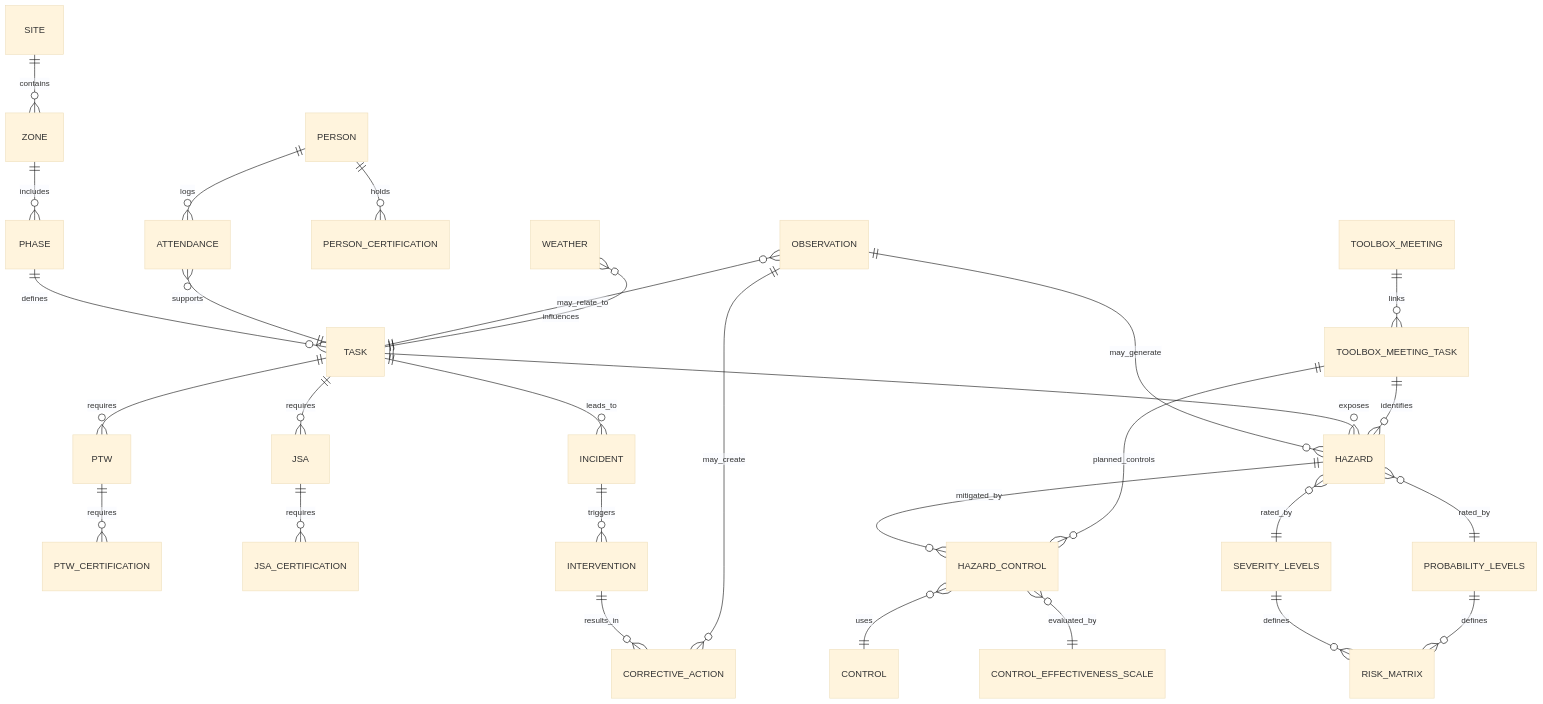
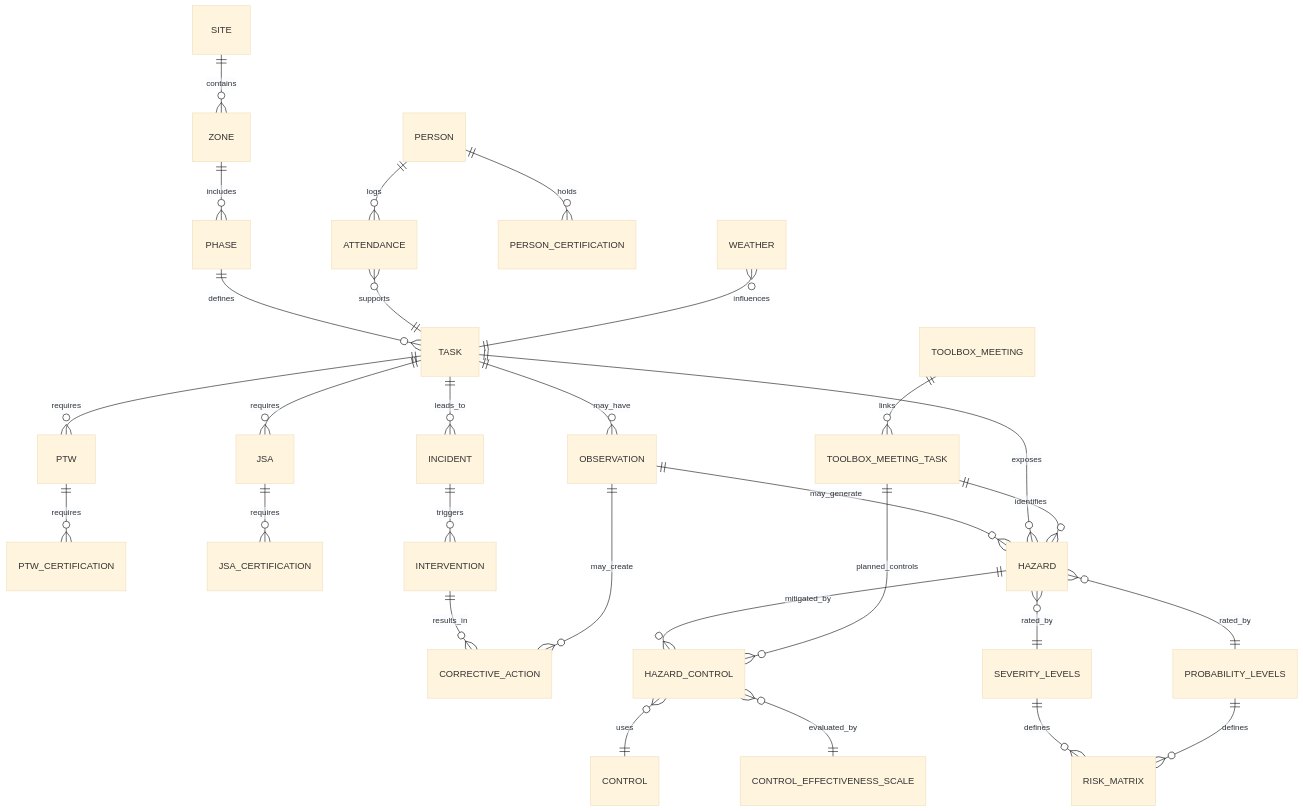
Before and after one commit to Euchie23/Euchie23: the second of 2 diagrams in README.md, drawn with Mermaid (base theme).

````diff
--- a/README.md
+++ b/README.md
@@ -129,41 +129,41 @@
 ```mermaid
 erDiagram
     SITE ||--o{ ZONE : contains
     ZONE ||--o{ PHASE : includes
     PHASE ||--o{ TASK : defines
 
     PERSON ||--o{ ATTENDANCE : logs
     ATTENDANCE }o--|| TASK : supports
 
     TASK ||--o{ PTW : requires
     TASK ||--o{ JSA : requires
 
     PERSON ||--o{ PERSON_CERTIFICATION : holds
     PTW ||--o{ PTW_CERTIFICATION : requires
     JSA ||--o{ JSA_CERTIFICATION : requires
 
     TASK ||--o{ INCIDENT : leads_to
     INCIDENT ||--o{ INTERVENTION : triggers
     INTERVENTION ||--o{ CORRECTIVE_ACTION : results_in
 
-    OBSERVATION }o--|| TASK  : may_relate_to
+    TASK ||--o{ OBSERVATION  : may_have
     OBSERVATION ||--o{ HAZARD : may_generate
     OBSERVATION ||--o{ CORRECTIVE_ACTION : may_create
 
     TASK ||--o{ HAZARD : exposes
     HAZARD ||--o{ HAZARD_CONTROL : mitigated_by
     HAZARD_CONTROL }o--|| CONTROL : uses
 
     TOOLBOX_MEETING ||--o{ TOOLBOX_MEETING_TASK : links
     TOOLBOX_MEETING_TASK ||--o{ HAZARD : identifies
     TOOLBOX_MEETING_TASK ||--o{ HAZARD_CONTROL : planned_controls
 
     HAZARD }o--|| SEVERITY_LEVELS : rated_by
     HAZARD }o--|| PROBABILITY_LEVELS : rated_by
     SEVERITY_LEVELS ||--o{ RISK_MATRIX : defines
     PROBABILITY_LEVELS ||--o{ RISK_MATRIX : defines
 
     HAZARD_CONTROL }o--|| CONTROL_EFFECTIVENESS_SCALE : evaluated_by
 
     WEATHER }o--|| TASK : influences
 ```
````
